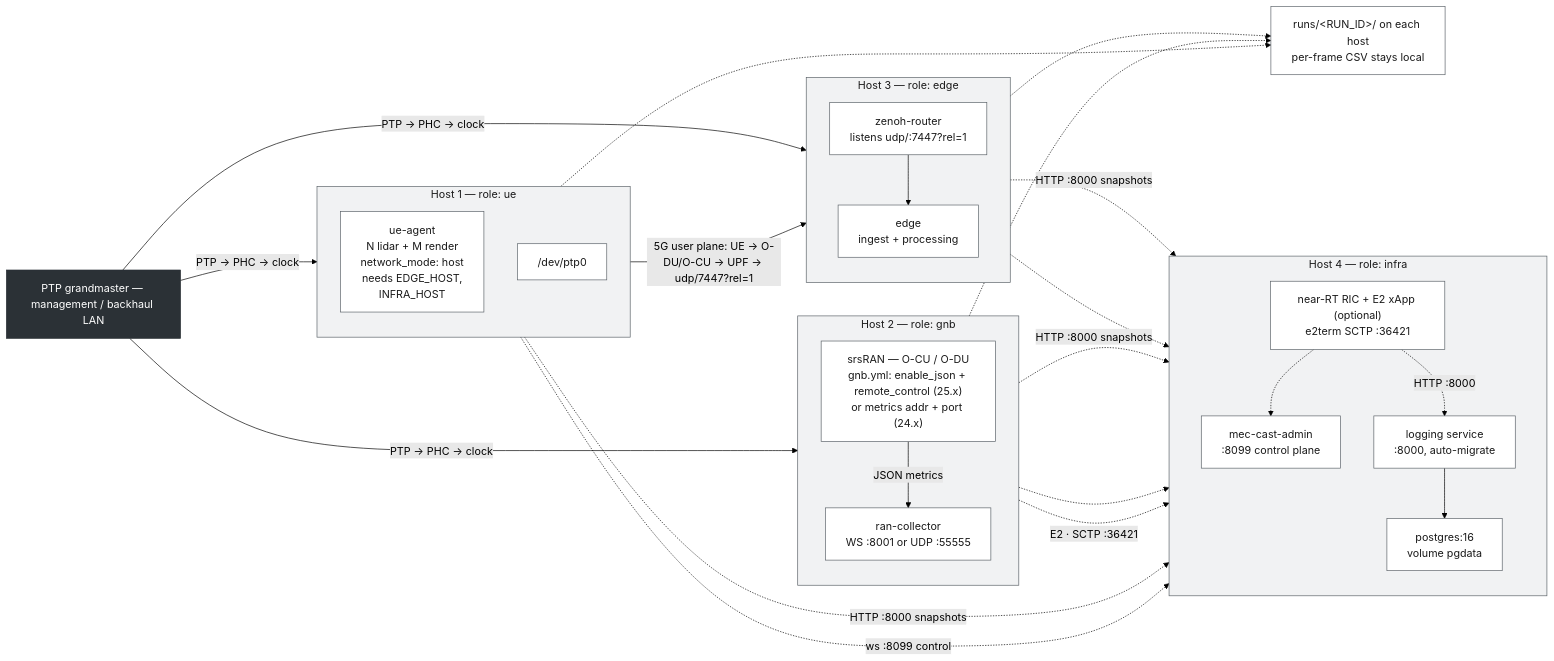
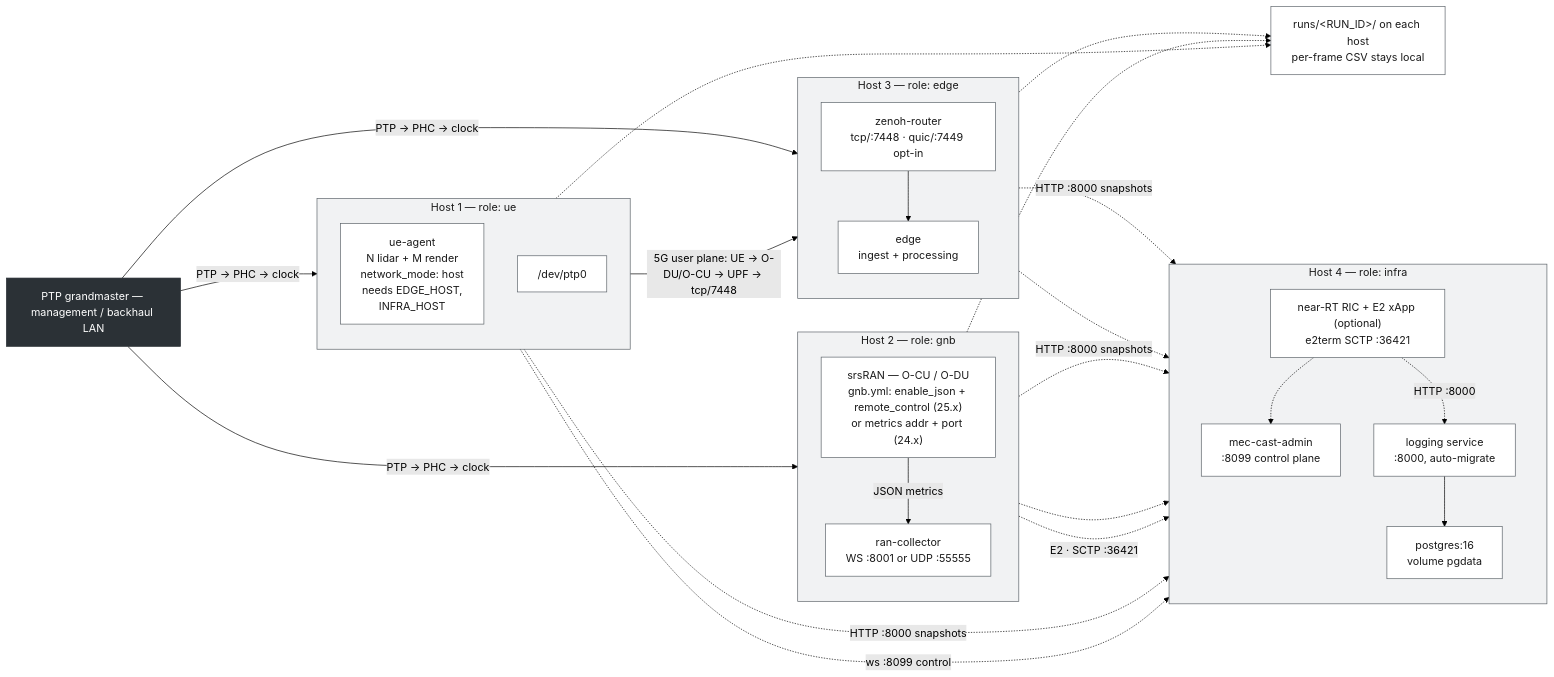
Before and after one commit to morosev/mec-cast: the second of 3 diagrams in docs/diagrams/README.md, drawn with Mermaid (forest theme). The commit also changed 14 other files, not shown here.

First line of the commit message:
The pictures still said UDP: the deployed Zenoh link is TCP

````diff
--- a/docs/diagrams/README.md
+++ b/docs/diagrams/README.md
@@ -149,61 +149,61 @@
 ```mermaid
 flowchart LR
   classDef host fill:#F1F2F3,stroke:#5A6167,stroke-width:1px,color:#1A1A1A
   classDef svc fill:#FFFFFF,stroke:#5A6167,stroke-width:1px,color:#1A1A1A
   classDef sync fill:#2B3136,stroke:#2B3136,color:#FFFFFF
 
   subgraph UEH["Host 1 — role: ue"]
     direction TB
     LC["ue-agent<br/>N lidar + M render<br/>network_mode: host<br/>needs EDGE_HOST,<br/>INFRA_HOST"]
     PTPU["/dev/ptp0"]
   end
 
   subgraph GNBH["Host 2 — role: gnb"]
     direction TB
     SRS["srsRAN — O-CU / O-DU<br/>gnb.yml: enable_json + remote_control (25.x)<br/>or metrics addr + port (24.x)"]
     RC["ran-collector<br/>WS :8001 or UDP :55555"]
     SRS -->|"JSON metrics"| RC
   end
 
   subgraph EDGEH["Host 3 — role: edge"]
     direction TB
-    ZR["zenoh-router<br/>listens udp/:7447?rel=1"]
+    ZR["zenoh-router<br/>tcp/:7448 · quic/:7449 opt-in"]
     ED["edge<br/>ingest + processing"]
     ZR --> ED
   end
 
   subgraph INFRAH["Host 4 — role: infra"]
     direction TB
     ADM["mec-cast-admin<br/>:8099 control plane"]
     LOGS["logging service<br/>:8000, auto-migrate"]
     PG["postgres:16<br/>volume pgdata"]
     RIC["near-RT RIC + E2 xApp (optional)<br/>e2term SCTP :36421"]
     LOGS --> PG
   end
 
-  LC -->|"5G user plane: UE → O-DU/O-CU → UPF → udp/7447?rel=1"| ZR
+  LC -->|"5G user plane: UE → O-DU/O-CU → UPF → tcp/7448"| ZR
   LC -.->|"HTTP :8000 snapshots"| LOGS
   ED -.->|"HTTP :8000 snapshots"| LOGS
   RC -.->|"HTTP :8000 snapshots"| LOGS
 
   LC -.->|"ws :8099 control"| ADM
   ED -.-> ADM
   RC -.-> ADM
   RIC -.-> ADM
   SRS -.->|"E2 · SCTP :36421"| RIC
   RIC -.->|"HTTP :8000"| LOGS
 
   GM["PTP grandmaster — management / backhaul LAN"]
   GM -->|"PTP → PHC → clock"| UEH
   GM -->|"PTP → PHC → clock"| GNBH
   GM -->|"PTP → PHC → clock"| EDGEH
 
   RUNS["runs/&lt;RUN_ID&gt;/ on each host<br/>per-frame CSV stays local"]
   LC -.-> RUNS
   ED -.-> RUNS
   RC -.-> RUNS
 
   class UEH,GNBH,EDGEH,INFRAH host
   class LC,SRS,RC,ZR,ED,ADM,LOGS,PG,RIC,PTPU,RUNS svc
   class GM sync
 ```
````
